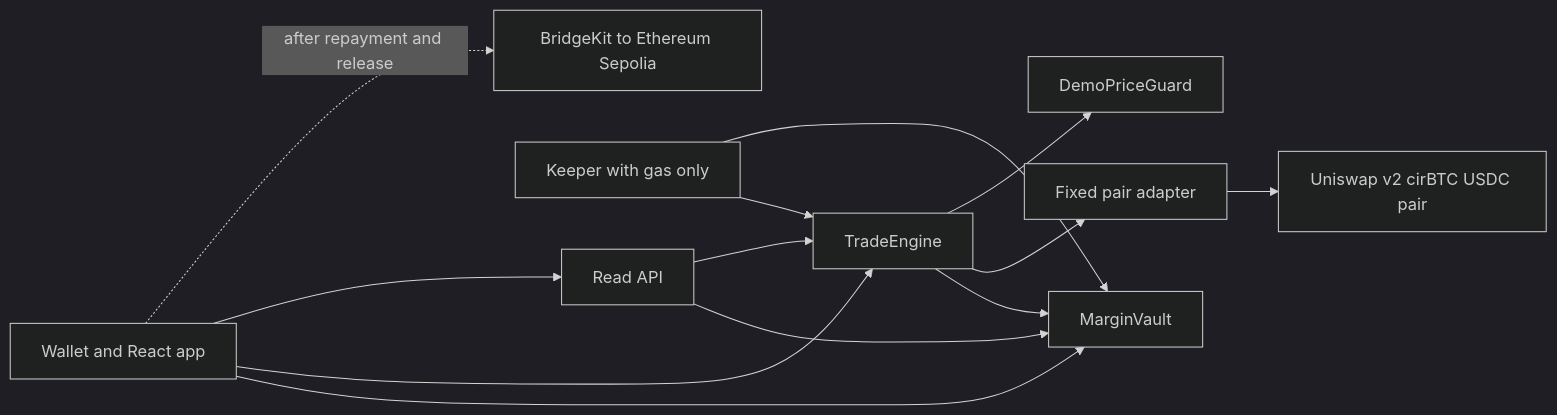
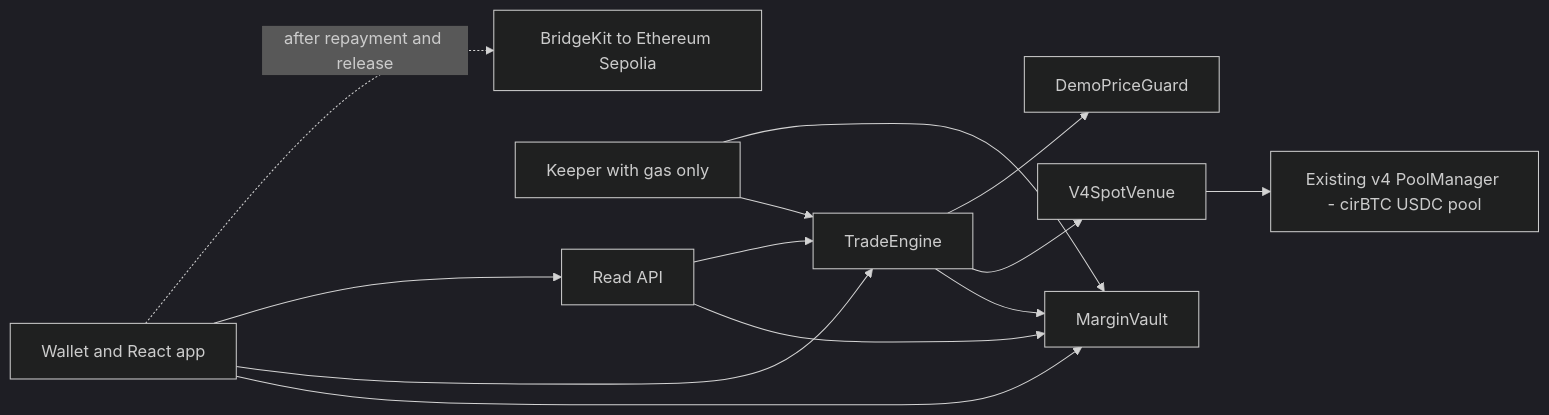
Before and after one commit to smitrajput/sacred-protocol: the diagram in output/arc-studio-hackathon/spec.md, drawn with Mermaid (dark theme). The commit also changed other lines of this file and 1 other file, not shown here.

````diff
--- a/output/arc-studio-hackathon/spec.md
+++ b/output/arc-studio-hackathon/spec.md
@@ -172,15 +199,15 @@
 ```mermaid
 flowchart LR
   U[Wallet and React app] --> V[MarginVault]
   U --> E[TradeEngine]
   E --> V
-  E --> S[Fixed pair adapter]
-  S --> P[Uniswap v2 cirBTC USDC pair]
+  E --> S[V4SpotVenue]
+  S --> P[Existing v4 PoolManager - cirBTC USDC pool]
   E --> O[DemoPriceGuard]
   A[Read API] --> V
   A --> E
   U --> A
   K[Keeper with gas only] --> E
   K --> V
   U -. after repayment and release .-> B[BridgeKit to Ethereum Sepolia]
 ```
````
